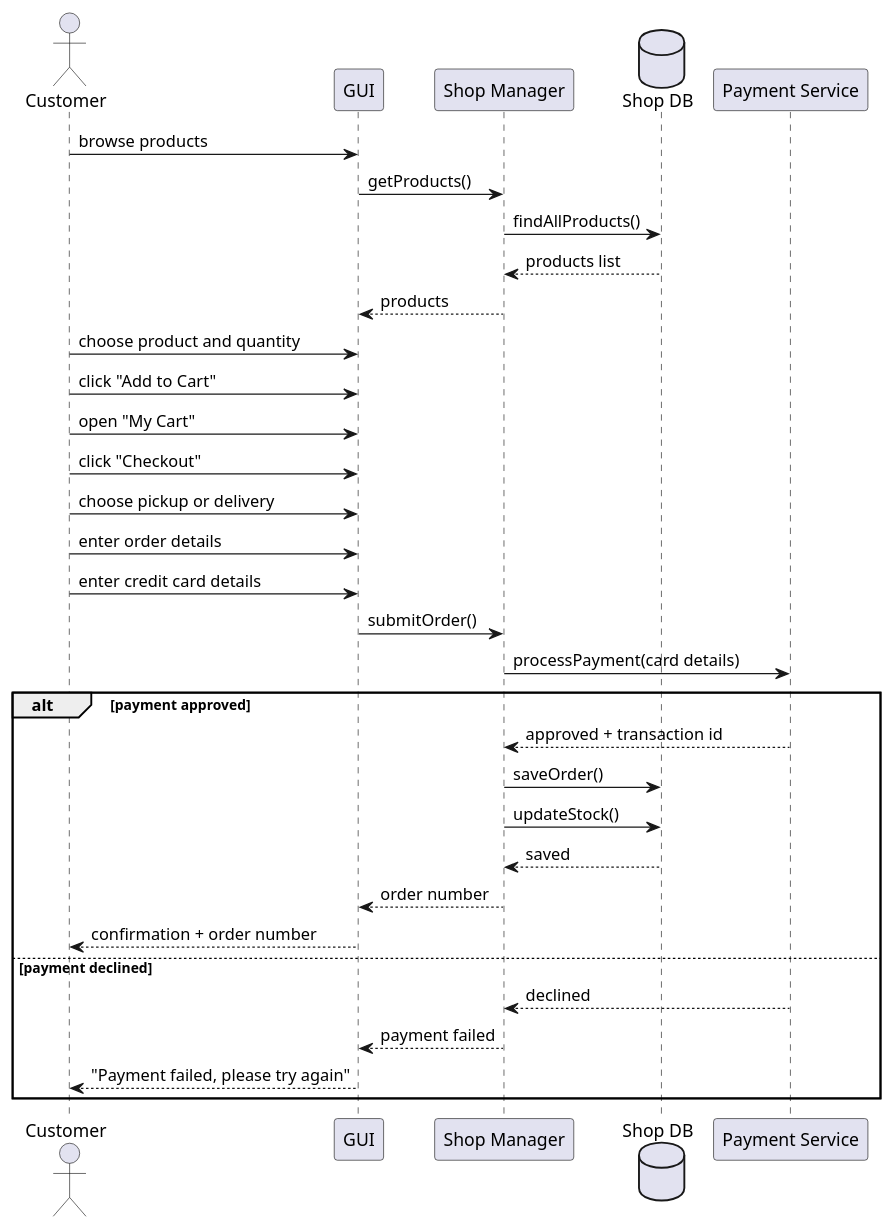
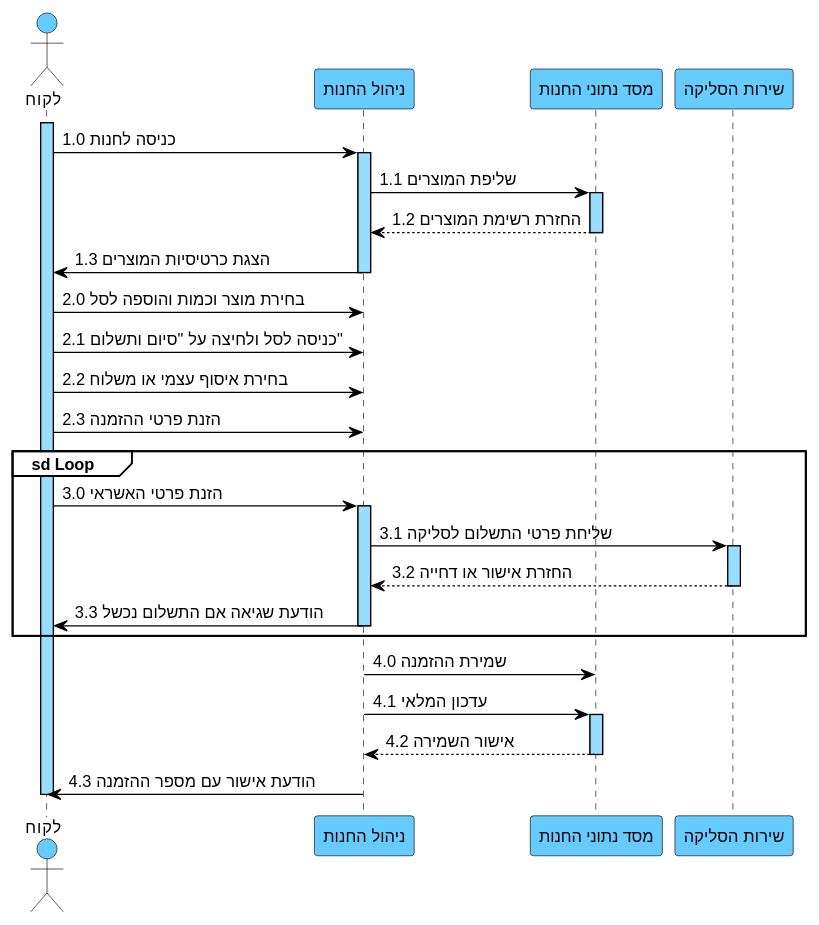
Before and after one commit to arielkaplan20/GOLDEN_HAIR_SALOAN: the diagram in docs/diagrams/puml/07-seq-suc07-רכישה-בחנות.puml, drawn with PlantUML. The commit also changed 26 other files, not shown here.

```diff
--- a/docs/diagrams/puml/07-seq-suc07-רכישה-בחנות.puml
+++ b/docs/diagrams/puml/07-seq-suc07-רכישה-בחנות.puml
@@ -1,34 +1,61 @@
 @startuml
-actor Customer
-participant GUI
-participant "Shop Manager" as SM
-database "Shop DB" as DB
-participant "Payment Service" as PAY
+skinparam backgroundColor white
+skinparam defaultFontName Arial
+skinparam defaultFontSize 13
+skinparam sequence {
+ArrowColor black
+ArrowFontColor black
+ActorBorderColor black
+ActorBackgroundColor #66CCFF
+LifeLineBorderColor black
+LifeLineBackgroundColor #99DDFF
+ParticipantBorderColor black
+ParticipantBackgroundColor #66CCFF
+ParticipantFontColor black
+ParticipantFontSize 13
+GroupBorderColor black
+GroupBackgroundColor white
+GroupHeaderFontColor black
+}
 
-Customer -> GUI : browse products
-GUI -> SM : getProducts()
-SM -> DB : findAllProducts()
-DB --> SM : products list
-SM --> GUI : products
-Customer -> GUI : choose product and quantity
-Customer -> GUI : click "Add to Cart"
-Customer -> GUI : open "My Cart"
-Customer -> GUI : click "Checkout"
-Customer -> GUI : choose pickup or delivery
-Customer -> GUI : enter order details
-Customer -> GUI : enter credit card details
-GUI -> SM : submitOrder()
-SM -> PAY : processPayment(card details)
-alt payment approved
-PAY --> SM : approved + transaction id
-SM -> DB : saveOrder()
-SM -> DB : updateStock()
-DB --> SM : saved
-SM --> GUI : order number
-GUI --> Customer : confirmation + order number
-else payment declined
-PAY --> SM : declined
-SM --> GUI : payment failed
-GUI --> Customer : "Payment failed, please try again"
+actor "לקוח" as C
+participant "ניהול החנות" as SM
+participant "מסד נתוני החנות" as DB
+participant "שירות הסליקה" as PAY
+
+activate C
+C -> SM : 1.0 כניסה לחנות
+activate SM
+SM -> DB : 1.1 שליפת המוצרים
+activate DB
+DB --> SM : 1.2 החזרת רשימת המוצרים
+deactivate DB
+SM -> C : 1.3 הצגת כרטיסיות המוצרים
+deactivate SM
+
+C -> SM : 2.0 בחירת מוצר וכמות והוספה לסל
+C -> SM : 2.1 כניסה לסל ולחיצה על "סיום ותשלום"
+C -> SM : 2.2 בחירת איסוף עצמי או משלוח
+C -> SM : 2.3 הזנת פרטי ההזמנה
+
+group sd Loop
+C -> SM : 3.0 הזנת פרטי האשראי
+activate SM
+SM -> PAY : 3.1 שליחת פרטי התשלום לסליקה
+activate PAY
+PAY --> SM : 3.2 החזרת אישור או דחייה
+deactivate PAY
+SM -> C : 3.3 הודעת שגיאה אם התשלום נכשל
+deactivate SM
 end
+
+activate SM
+SM -> DB : 4.0 שמירת ההזמנה
+SM -> DB : 4.1 עדכון המלאי
+activate DB
+DB --> SM : 4.2 אישור השמירה
+deactivate DB
+SM -> C : 4.3 הודעת אישור עם מספר ההזמנה
+deactivate SM
+deactivate C
 @enduml
```
